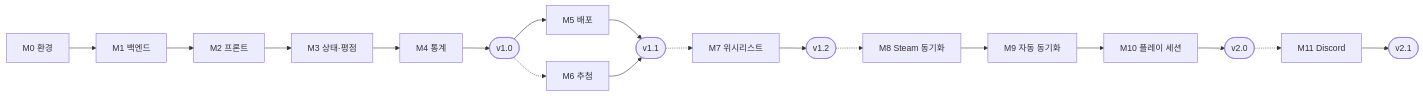
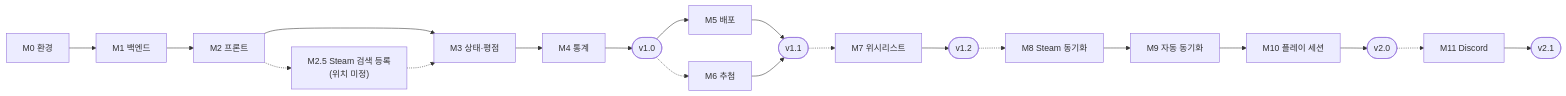
One commit to sagming40/PlayLedger changed the diagram in docs/05_milestones.md. Above: the diagram before and after it, drawn with Mermaid. The commit also changed other lines of this file, not shown here.

````diff
--- a/docs/05_milestones.md
+++ b/docs/05_milestones.md
@@ -537,11 +551,12 @@
 ```mermaid
 flowchart LR
     M0["M0 환경"] --> M1["M1 백엔드"] --> M2["M2 프론트"] --> M3["M3 상태·평점"] --> M4["M4 통계"] --> V10(["v1.0"])
+    M2 -.-> M25["M2.5 Steam 검색 등록<br/>(위치 미정)"] -.-> M3
     V10 --> M5["M5 배포"]
     V10 -.-> M6["M6 추첨"]
     M5 --> V11(["v1.1"])
     M6 --> V11
     V11 -.-> M7["M7 위시리스트"] --> V12(["v1.2"])
     V12 -.-> M8["M8 Steam 동기화"] --> M9["M9 자동 동기화"] --> M10["M10 플레이 세션"] --> V20(["v2.0"])
     V20 -.-> M11["M11 Discord"] --> V21(["v2.1"])
 ```
````
